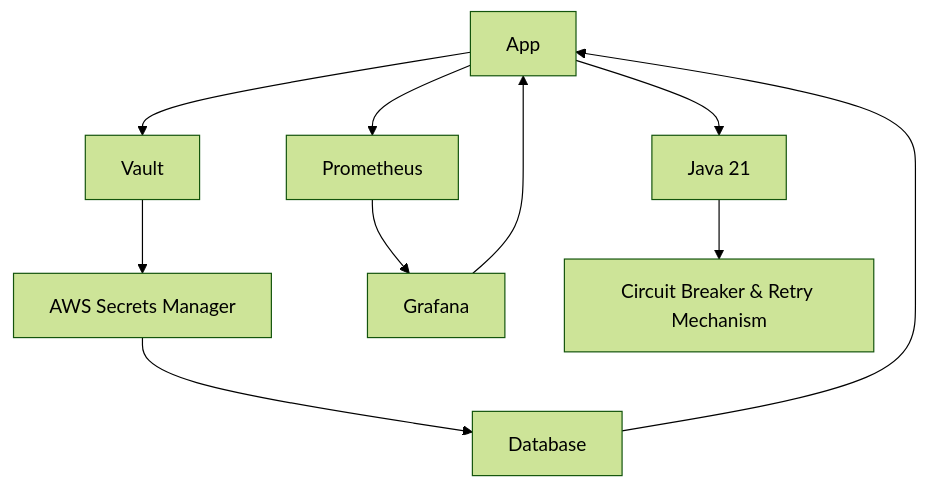
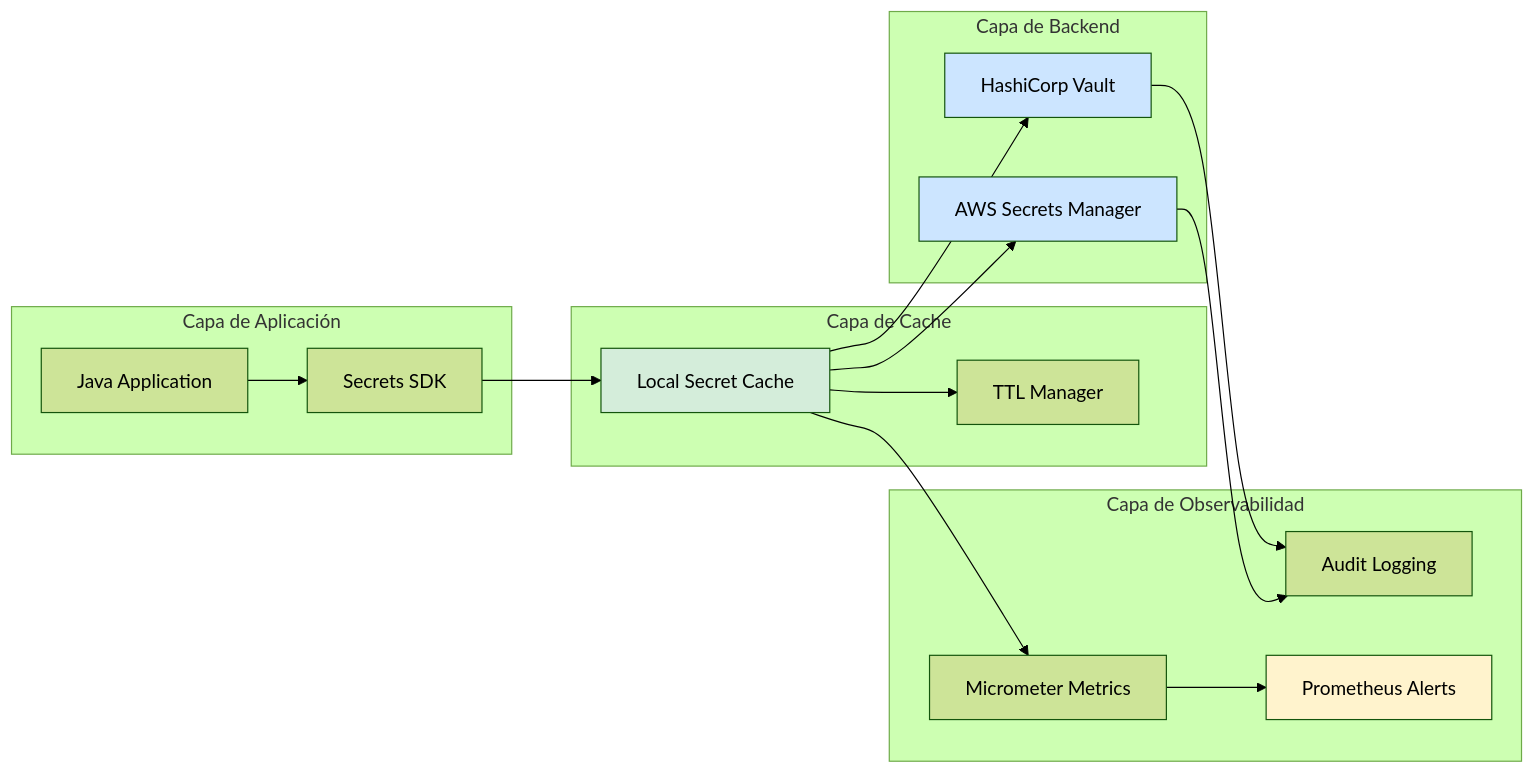
One commit to Joaquinriosheredia/DAM-Java-Mastery changed the second of 3 diagrams in _Review/gestion_de_secretos_con_vault_y_aws_secrets_manager/gestion_de_secretos_con_vault_y_aws_secrets_manager.md. Above: the diagram before and after it, drawn with Mermaid (forest theme). The commit also changed other lines of this file, not shown here.

Commit message:
gestion_de_secretos_con_vault_y_aws_secrets_manager.md

````diff
--- a/_Review/gestion_de_secretos_con_vault_y_aws_secrets_manager/gestion_de_secretos_con_vault_y_aws_secrets_manager.md
+++ b/_Review/gestion_de_secretos_con_vault_y_aws_secrets_manager/gestion_de_secretos_con_vault_y_aws_secrets_manager.md
@@ -585,12 +170,38 @@
 ```mermaid
-graph TD
-A[App] --> B[Vault]
-B --> C[AWS Secrets Manager]
-C --> D[Database]
-D --> A
-A --> E[Prometheus]
-E --> F[Grafana]
-F --> A
-A --> G[Java 21]
-G --> H[Circuit Breaker & Retry Mechanism]
+graph LR
+    subgraph "Capa de Aplicación"
+        APP[Java Application]
+        SDK[Secrets SDK]
+    end
+    
+    subgraph "Capa de Cache"
+        CACHE[Local Secret Cache]
+        TTL[TTL Manager]
+    end
+    
+    subgraph "Capa de Backend"
+        VAULT[HashiCorp Vault]
+        AWS[AWS Secrets Manager]
+    end
+    
+    subgraph "Capa de Observabilidad"
+        AUDIT[Audit Logging]
+        MET[Micrometer Metrics]
+        ALERT[Prometheus Alerts]
+    end
+    
+    APP --> SDK
+    SDK --> CACHE
+    CACHE --> TTL
+    CACHE --> VAULT
+    CACHE --> AWS
+    VAULT --> AUDIT
+    AWS --> AUDIT
+    CACHE --> MET
+    MET --> ALERT
+    
+    style CACHE fill:#d4edda
+    style VAULT fill:#cce5ff
+    style AWS fill:#cce5ff
+    style ALERT fill:#fff3cd
 ```
````
